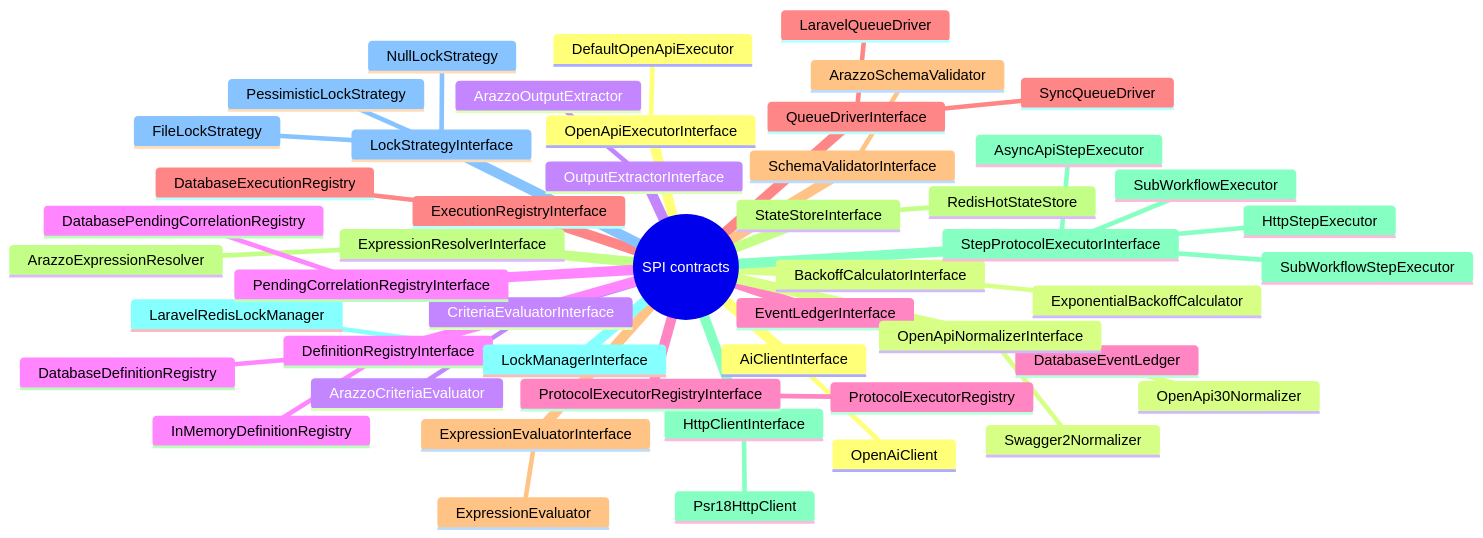
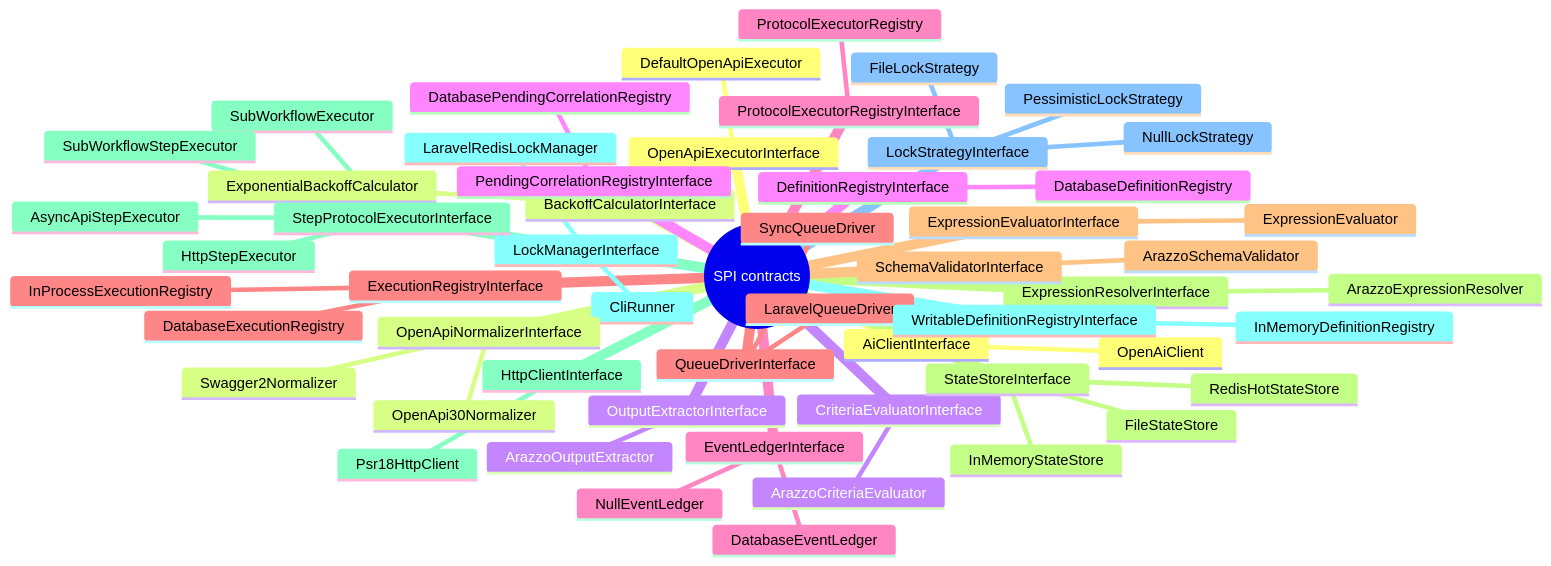
Before and after one commit to Mohammed-Alama/php-arazzo: the diagram in docs/generated/extension-points.md, drawn with Mermaid. The commit also changed other lines of this file and 70 other files, not shown here.

````diff
--- a/docs/generated/extension-points.md
+++ b/docs/generated/extension-points.md
@@ -12,52 +12,58 @@
 ```mermaid
 mindmap
   root((SPI contracts))
     AiClientInterface
       OpenAiClient
     BackoffCalculatorInterface
       ExponentialBackoffCalculator
     CriteriaEvaluatorInterface
       ArazzoCriteriaEvaluator
     DefinitionRegistryInterface
-      InMemoryDefinitionRegistry
       DatabaseDefinitionRegistry
     EventLedgerInterface
+      NullEventLedger
       DatabaseEventLedger
     ExecutionRegistryInterface
+      InProcessExecutionRegistry
       DatabaseExecutionRegistry
     ExpressionEvaluatorInterface
       ExpressionEvaluator
     ExpressionResolverInterface
       ArazzoExpressionResolver
     HttpClientInterface
       Psr18HttpClient
     LockManagerInterface
+      CliRunner
       LaravelRedisLockManager
     LockStrategyInterface
       FileLockStrategy
       NullLockStrategy
       PessimisticLockStrategy
     OpenApiExecutorInterface
       DefaultOpenApiExecutor
     OpenApiNormalizerInterface
       Swagger2Normalizer
       OpenApi30Normalizer
     OutputExtractorInterface
       ArazzoOutputExtractor
     PendingCorrelationRegistryInterface
       DatabasePendingCorrelationRegistry
     ProtocolExecutorRegistryInterface
       ProtocolExecutorRegistry
     QueueDriverInterface
       SyncQueueDriver
       LaravelQueueDriver
     SchemaValidatorInterface
       ArazzoSchemaValidator
     StateStoreInterface
+      FileStateStore
+      InMemoryStateStore
       RedisHotStateStore
     StepProtocolExecutorInterface
       SubWorkflowExecutor
       HttpStepExecutor
       AsyncApiStepExecutor
       SubWorkflowStepExecutor
+    WritableDefinitionRegistryInterface
+      InMemoryDefinitionRegistry
 ```
````
